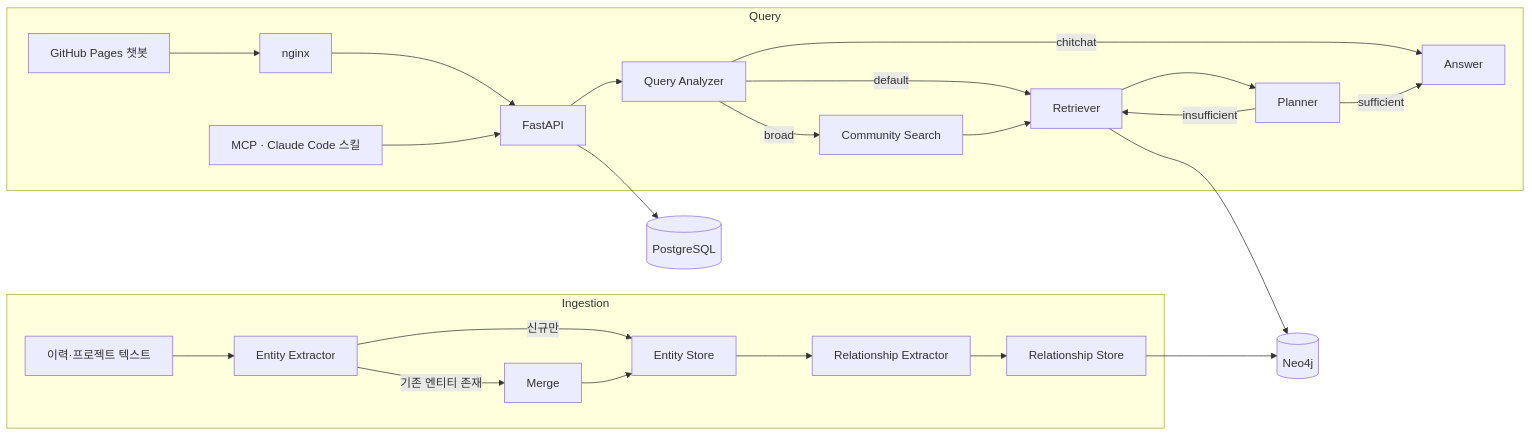
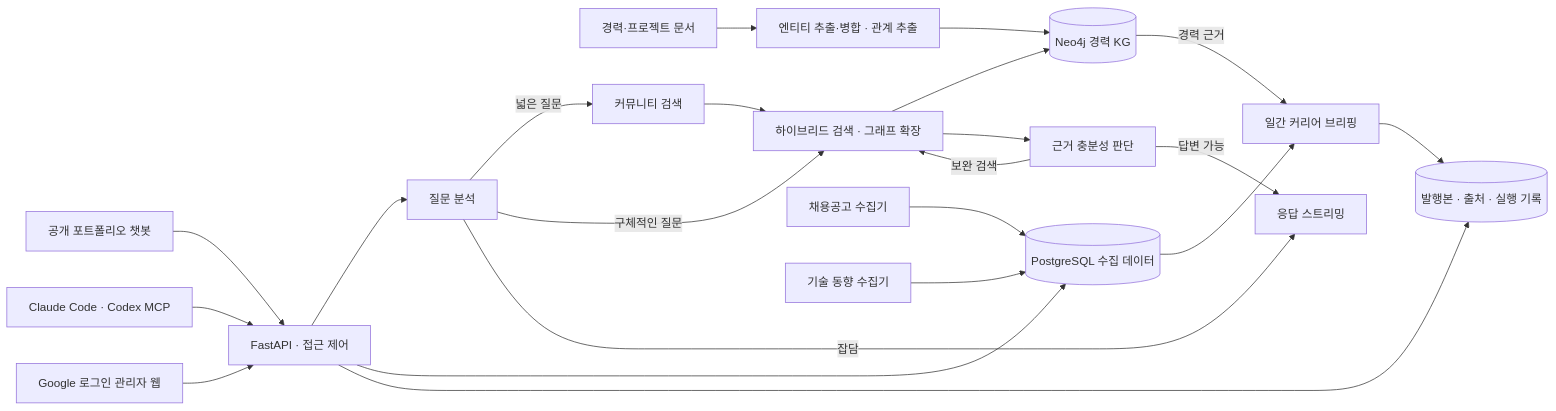
The diagram in _projects/portfolio-agent.md (gusalsdmlwlq/gusalsdmlwlq.github.io), drawn with Mermaid before and after one commit. The commit also changed other lines of this file and 6 other files, not shown here.

````diff
--- a/_projects/portfolio-agent.md
+++ b/_projects/portfolio-agent.md
@@ -56,27 +57,24 @@
 ```mermaid
 flowchart LR
-  subgraph ING["Ingestion"]
-    T["이력·프로젝트 텍스트"] --> EX["Entity Extractor"]
-    EX -->|기존 엔티티 존재| MG["Merge"]
-    EX -->|신규만| ESN["Entity Store"]
-    MG --> ESN
-    ESN --> RX["Relationship Extractor"]
-    RX --> RS["Relationship Store"]
-  end
-  subgraph QRY["Query"]
-    W["GitHub Pages 챗봇"] --> NG["nginx"]
-    NG --> API["FastAPI"]
-    MCP["MCP · Claude Code 스킬"] --> API
-    API --> QA["Query Analyzer"]
-    QA -->|chitchat| ANS["Answer"]
-    QA -->|broad| CS["Community Search"]
-    QA -->|default| RT["Retriever"]
-    CS --> RT
-    RT --> PL["Planner"]
-    PL -->|insufficient| RT
-    PL -->|sufficient| ANS
-  end
-  RS --> NEO[("Neo4j")]
-  RT --> NEO
-  API --> PG[("PostgreSQL")]
+  DOC["경력·프로젝트 문서"] --> ING["엔티티 추출·병합 · 관계 추출"]
+  ING --> KG[("Neo4j 경력 KG")]
+  WEB["공개 포트폴리오 챗봇"] --> API["FastAPI · 접근 제어"]
+  MCP["Claude Code · Codex MCP"] --> API
+  API --> QA["질문 분석"]
+  QA -->|넓은 질문| COMMUNITY["커뮤니티 검색"]
+  QA -->|구체적인 질문| RETRIEVE["하이브리드 검색 · 그래프 확장"]
+  QA -->|잡담| ANSWER["응답 스트리밍"]
+  COMMUNITY --> RETRIEVE
+  RETRIEVE --> KG
+  RETRIEVE --> PLAN["근거 충분성 판단"]
+  PLAN -->|보완 검색| RETRIEVE
+  PLAN -->|답변 가능| ANSWER
+  JOBS["채용공고 수집기"] --> DATA[("PostgreSQL 수집 데이터")]
+  TECH["기술 동향 수집기"] --> DATA
+  DATA --> BRIEF["일간 커리어 브리핑"]
+  KG -->|경력 근거| BRIEF
+  BRIEF --> REPORT[("발행본 · 출처 · 실행 기록")]
+  ADMIN["Google 로그인 관리자 웹"] --> API
+  API --> DATA
+  API --> REPORT
 ```
````
